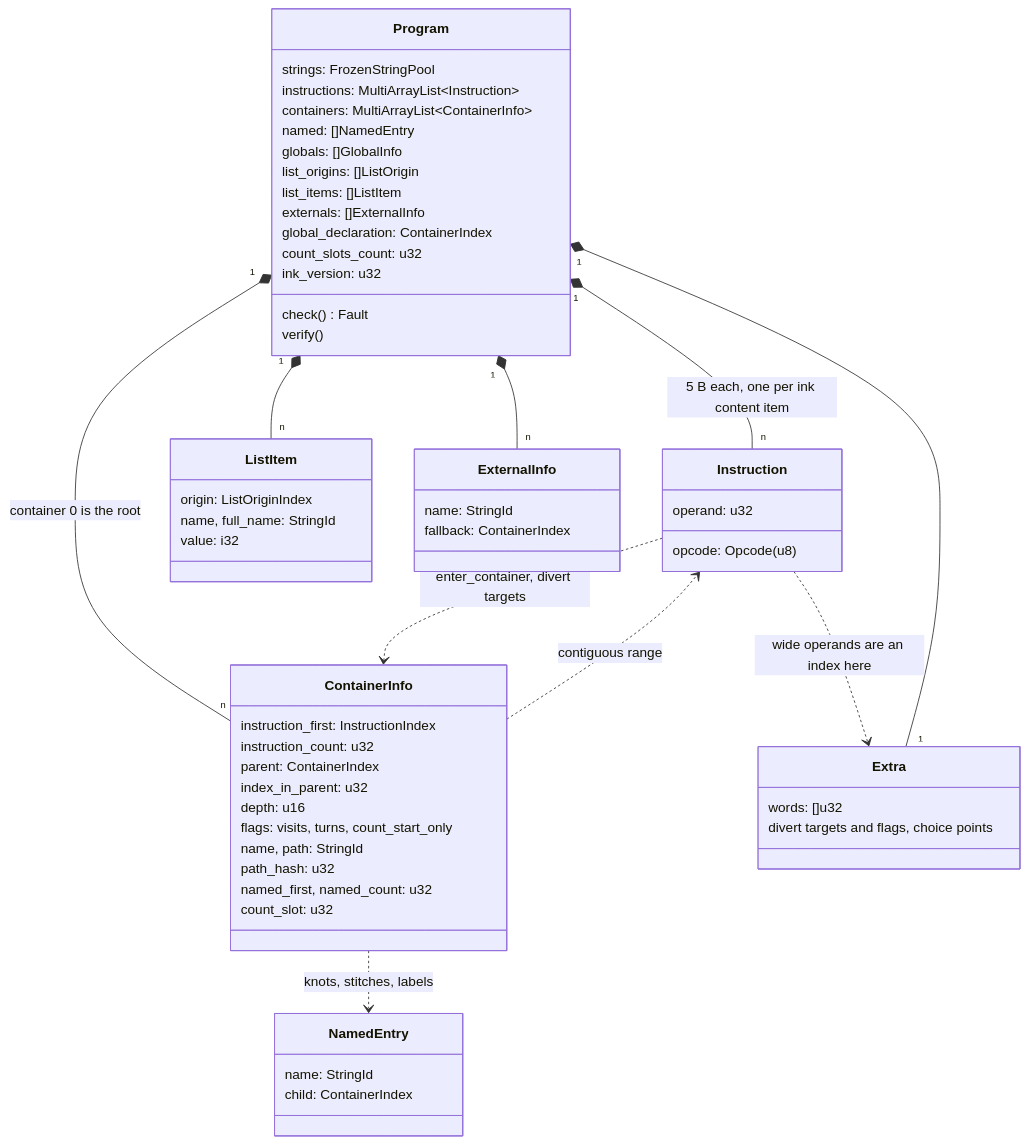
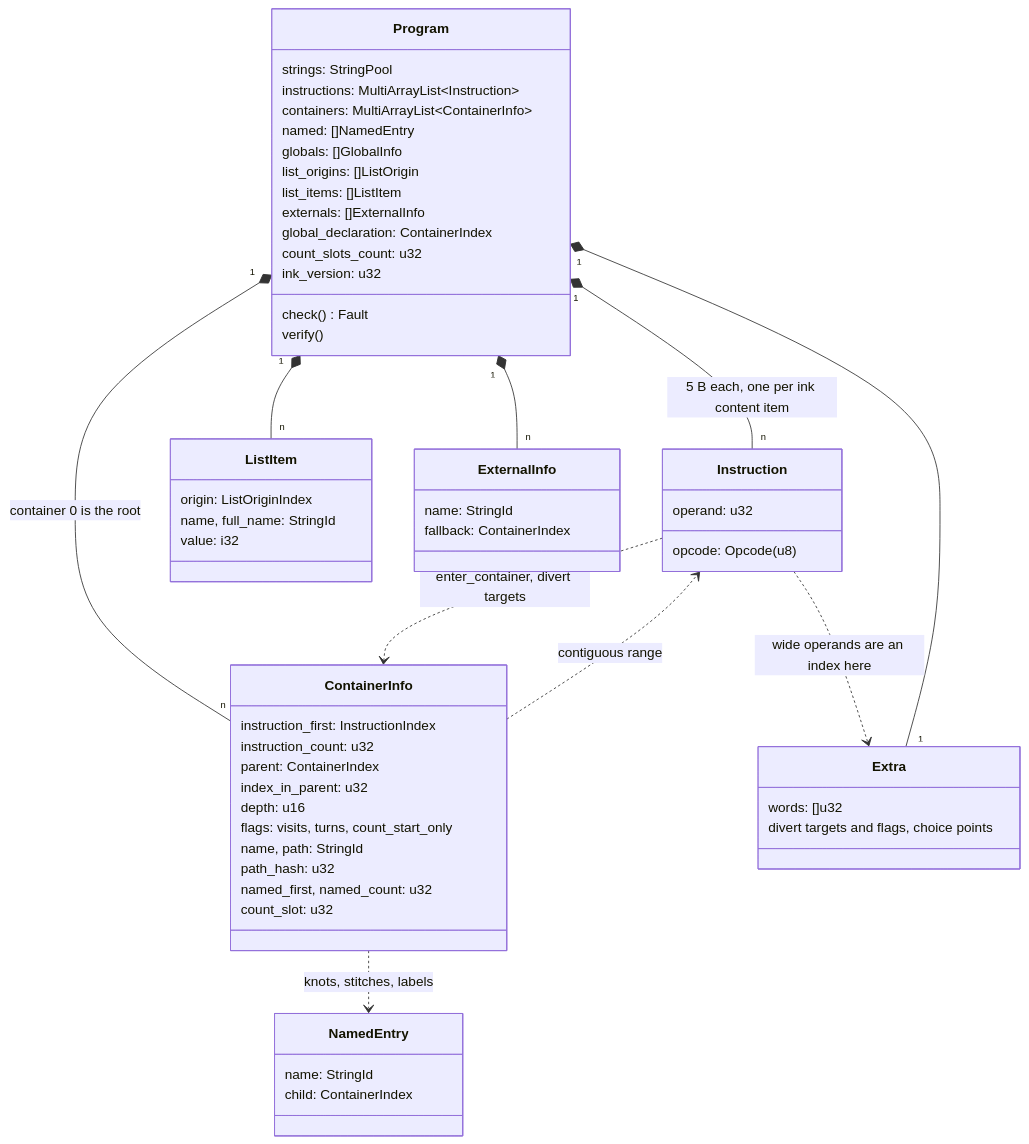
One commit to KreaturaArt/inkz changed the second of 7 diagrams in docs/Architecture.md. Above: the diagram before and after it, drawn with Mermaid. The commit also changed 8 other files, not shown here.

Commit message:
(refactor) core: FrozenStringPool folds into StringPool; a built Program holds the builder's pool const (no exact-size copy), the image loader rebuilds one with init_unique, and a test checks a duplicate string is rejected (P17.9)

````diff
--- a/docs/Architecture.md
+++ b/docs/Architecture.md
@@ -38,60 +38,60 @@
 ```mermaid
 classDiagram
     class Program {
-        strings: FrozenStringPool
+        strings: StringPool
         instructions: MultiArrayList~Instruction~
         containers: MultiArrayList~ContainerInfo~
         named: []NamedEntry
         globals: []GlobalInfo
         list_origins: []ListOrigin
         list_items: []ListItem
         externals: []ExternalInfo
         global_declaration: ContainerIndex
         count_slots_count: u32
         ink_version: u32
         check() Fault
         verify()
     }
     class Instruction {
         opcode: Opcode (u8)
         operand: u32
     }
     class ContainerInfo {
         instruction_first: InstructionIndex
         instruction_count: u32
         parent: ContainerIndex
         index_in_parent: u32
         depth: u16
         flags: visits, turns, count_start_only
         name, path: StringId
         path_hash: u32
         named_first, named_count: u32
         count_slot: u32
     }
     class NamedEntry {
         name: StringId
         child: ContainerIndex
     }
     class ListItem {
         origin: ListOriginIndex
         name, full_name: StringId
         value: i32
     }
     class ExternalInfo {
         name: StringId
         fallback: ContainerIndex
     }
     class Extra {
         words: []u32
         divert targets and flags, choice points
     }
     Program "1" *-- "n" Instruction : 5 B each, one per ink content item
     Program "1" *-- "n" ContainerInfo : container 0 is the root
     ContainerInfo ..> Instruction : contiguous range
     ContainerInfo ..> NamedEntry : knots, stitches, labels
     Instruction ..> ContainerInfo : enter_container, divert targets
     Instruction ..> Extra : wide operands are an index here
     Program "1" *-- "n" ListItem
     Program "1" *-- "n" ExternalInfo
     Program "1" *-- "1" Extra
 ```
````
